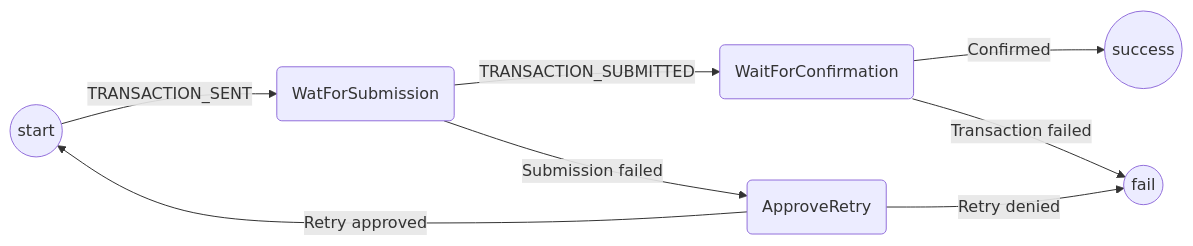
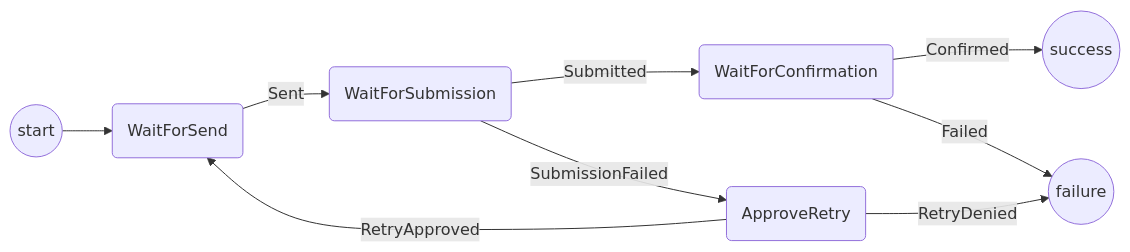
One commit to statechannels/statechannels changed the diagram in packages/rps/packages/wallet/src/redux/protocols/transaction-submission/readme.md. Above: the diagram before and after it, drawn with Mermaid. The commit also changed other lines of this file and 40 other files, not shown here.

First line of the commit message:
Merge pull request #347 from magmo/transaction-submission

````diff
--- a/packages/rps/packages/wallet/src/redux/protocols/transaction-submission/readme.md
+++ b/packages/rps/packages/wallet/src/redux/protocols/transaction-submission/readme.md
@@ -21,10 +21,11 @@
 ```mermaid
 graph LR
-  S((start)) --> |TRANSACTION_SENT| WFS(WatForSubmission)
-  WFS --> |TRANSACTION_SUBMITTED| WFC(WaitForConfirmation)
-  WFS --> |Submission failed| AR(ApproveRetry)
-  AR --> |Retry approved| S
-  AR --> |Retry denied| F((fail))
+  S((start)) --> WFSE(WaitForSend)
+  WFSE --> |Sent| WFS(WaitForSubmission)
+  WFS --> |Submitted| WFC(WaitForConfirmation)
+  WFS --> |SubmissionFailed| AR(ApproveRetry)
+  AR --> |RetryApproved| WFSE
+  AR --> |RetryDenied| F((failure))
   WFC --> |Confirmed| SS((success))
-  WFC --> |Transaction failed| F
+  WFC --> |Failed| F
 ```
````
